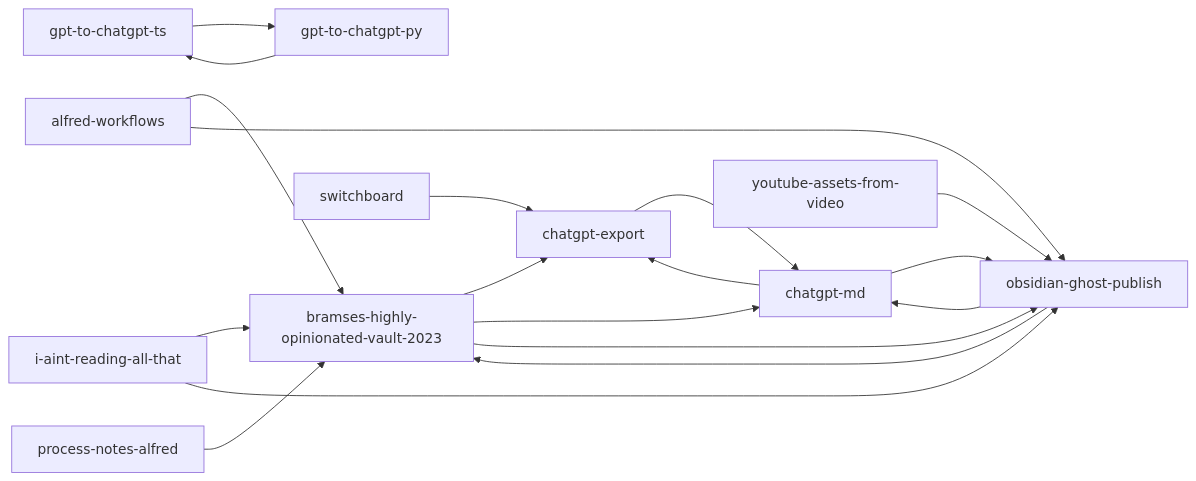
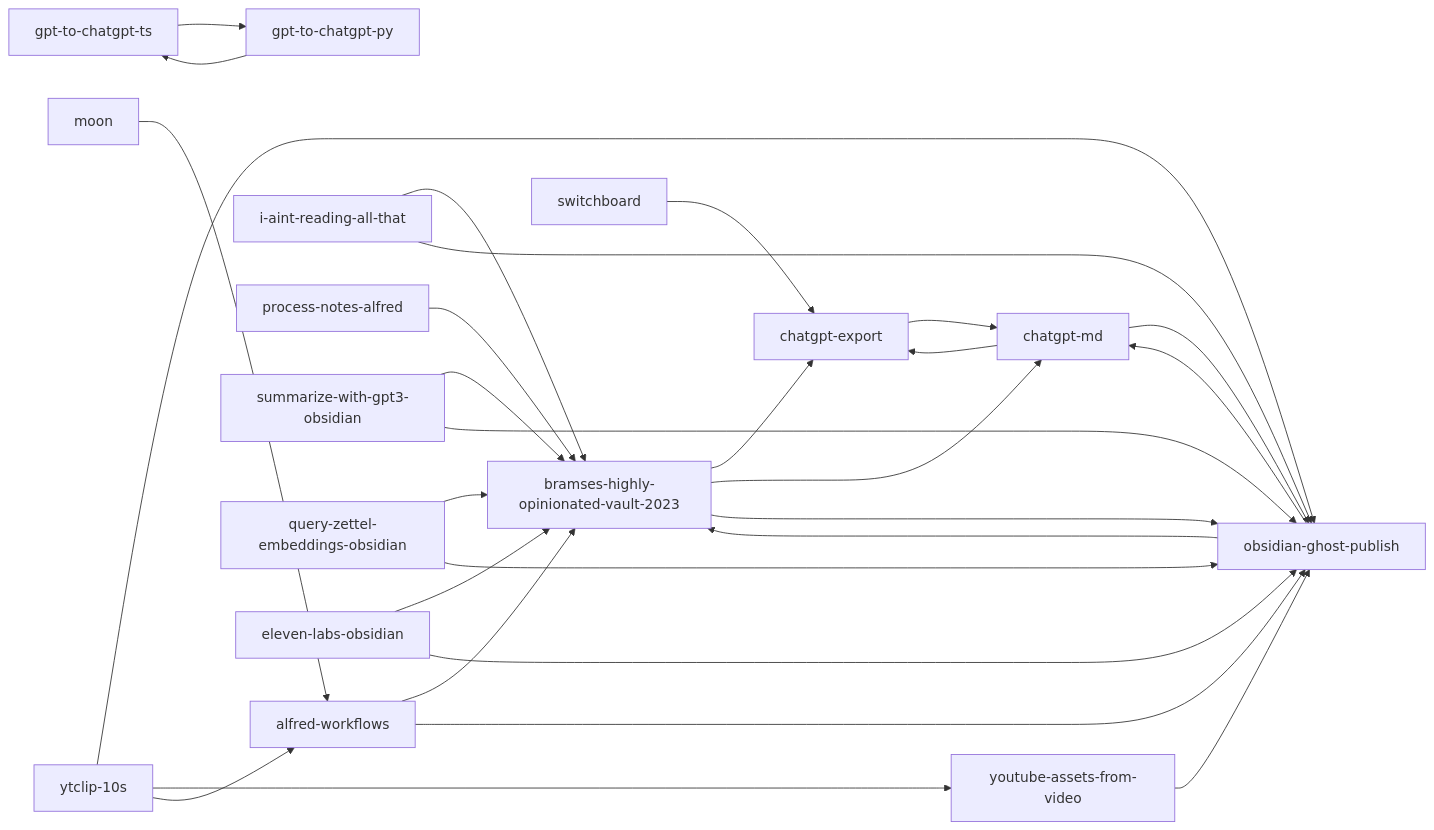
Before and after one commit to bramses/monorepo: the diagram in scripts/readme_summarizer/readme_summary.md, drawn with Mermaid. The commit also changed other lines of this file and 3 other files, not shown here.

````diff
--- a/scripts/readme_summarizer/readme_summary.md
+++ b/scripts/readme_summarizer/readme_summary.md
@@ -55,20 +55,30 @@
 ```mermaid
 graph LR
     bramses-highly-opinionated-vault-2023 --> chatgpt-export
     bramses-highly-opinionated-vault-2023 --> chatgpt-md
     bramses-highly-opinionated-vault-2023 --> obsidian-ghost-publish
     chatgpt-export --> chatgpt-md
     chatgpt-md --> chatgpt-export
     chatgpt-md --> obsidian-ghost-publish
     gpt-to-chatgpt-ts --> gpt-to-chatgpt-py
     gpt-to-chatgpt-py --> gpt-to-chatgpt-ts
     obsidian-ghost-publish --> chatgpt-md
     obsidian-ghost-publish --> bramses-highly-opinionated-vault-2023
     alfred-workflows --> bramses-highly-opinionated-vault-2023
     alfred-workflows --> obsidian-ghost-publish
     youtube-assets-from-video --> obsidian-ghost-publish
     i-aint-reading-all-that --> bramses-highly-opinionated-vault-2023
     i-aint-reading-all-that --> obsidian-ghost-publish
     process-notes-alfred --> bramses-highly-opinionated-vault-2023
     switchboard --> chatgpt-export
+    summarize-with-gpt3-obsidian --> bramses-highly-opinionated-vault-2023
+    summarize-with-gpt3-obsidian --> obsidian-ghost-publish
+    query-zettel-embeddings-obsidian --> bramses-highly-opinionated-vault-2023
+    query-zettel-embeddings-obsidian --> obsidian-ghost-publish
+    moon --> alfred-workflows
+    eleven-labs-obsidian --> bramses-highly-opinionated-vault-2023
+    eleven-labs-obsidian --> obsidian-ghost-publish
+    ytclip-10s --> obsidian-ghost-publish
+    ytclip-10s --> youtube-assets-from-video
+    ytclip-10s --> alfred-workflows
 ```
````
